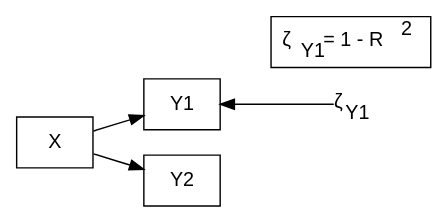
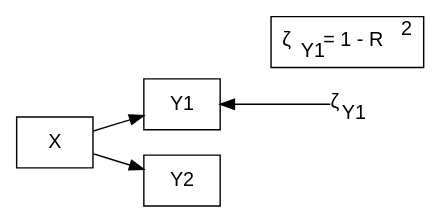
Diagram 18 of 25 in 5_Slides/Intro_to_SEM_part1.qmd (pennekampster/Swiss_SEM), drawn with Graphviz before and after one commit. The commit also changed other lines of this file and 2 other files, not shown here.

````diff
--- a/5_Slides/Intro_to_SEM_part1.qmd
+++ b/5_Slides/Intro_to_SEM_part1.qmd
@@ -1035,31 +1030,31 @@
 ```{dot}
 //| fig-width: 5
 digraph {
 
   # a 'graph' statement
   graph [overlap = false, fontsize = 15, layout = dot, rankdir = LR];
 
   # 'node' statements
   node [shape = box, fontname = Helvetica];
   
   X; 
   Y1; 
   Y2;
 
-  E3 [label = < &zeta;<SUB>Y1</SUB> = 1 - R<SUP>2</SUP> >];
+  E3 [label = < &zeta;<SUB>Y1</SUB> = 1 - R<SUP>2</SUP>>];
 
     node [shape = plain,
         fontname = Helvetica];
   E1;
 
   # 'edge' statements
   X -> Y1;
   X -> Y2;
   E1 -> Y1; 
 
 E1 [label = <&zeta;<SUB>Y1</SUB>>]; 
 
   {rank=min; X; };
 {rank=max; E1; };
 }
 ```
````
